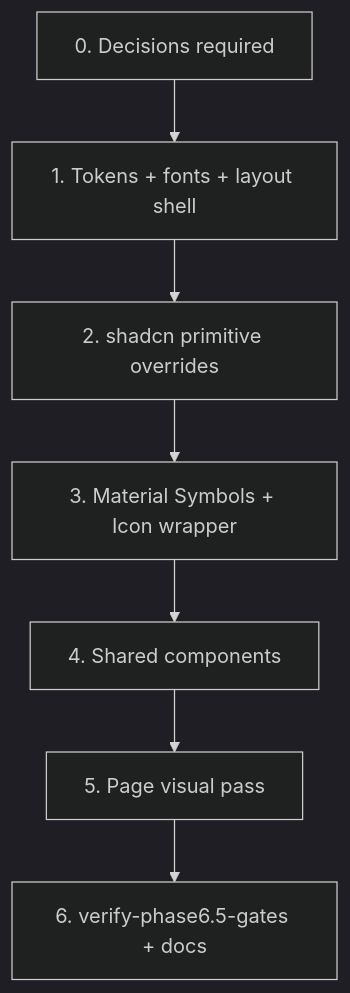
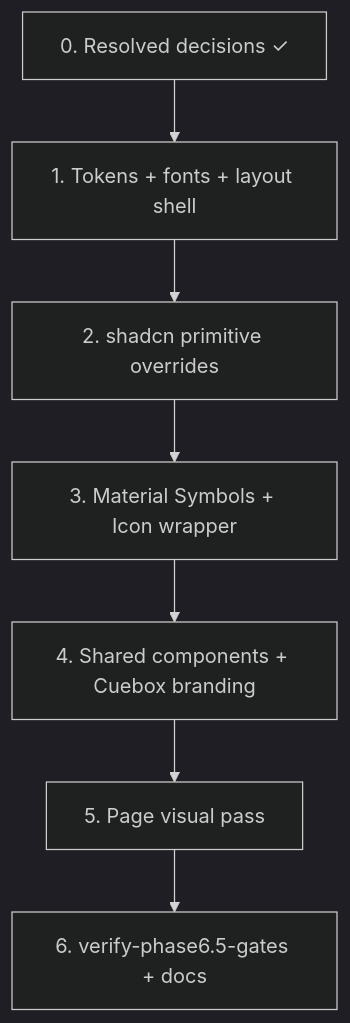
One commit to BlackLodgeLabs/cuebox changed the diagram in documents/phase-6.5-plan.md. Above: the diagram before and after it, drawn with Mermaid (dark theme). The commit also changed other lines of this file and 1 other file, not shown here.

First line of the commit message:
docs: resolve Phase 6.5 design decisions in plan

````diff
--- a/documents/phase-6.5-plan.md
+++ b/documents/phase-6.5-plan.md
@@ -122,9 +126,9 @@
 ```mermaid
 flowchart TD
-    DEC[0. Decisions required] --> TOKENS[1. Tokens + fonts + layout shell]
+    DEC[0. Resolved decisions ✓] --> TOKENS[1. Tokens + fonts + layout shell]
     TOKENS --> PRIMS[2. shadcn primitive overrides]
     PRIMS --> ICONS[3. Material Symbols + Icon wrapper]
-    ICONS --> SHARED[4. Shared components]
+    ICONS --> SHARED[4. Shared components + Cuebox branding]
     SHARED --> PAGES[5. Page visual pass]
     PAGES --> GATES[6. verify-phase6.5-gates + docs]
 ```
````
